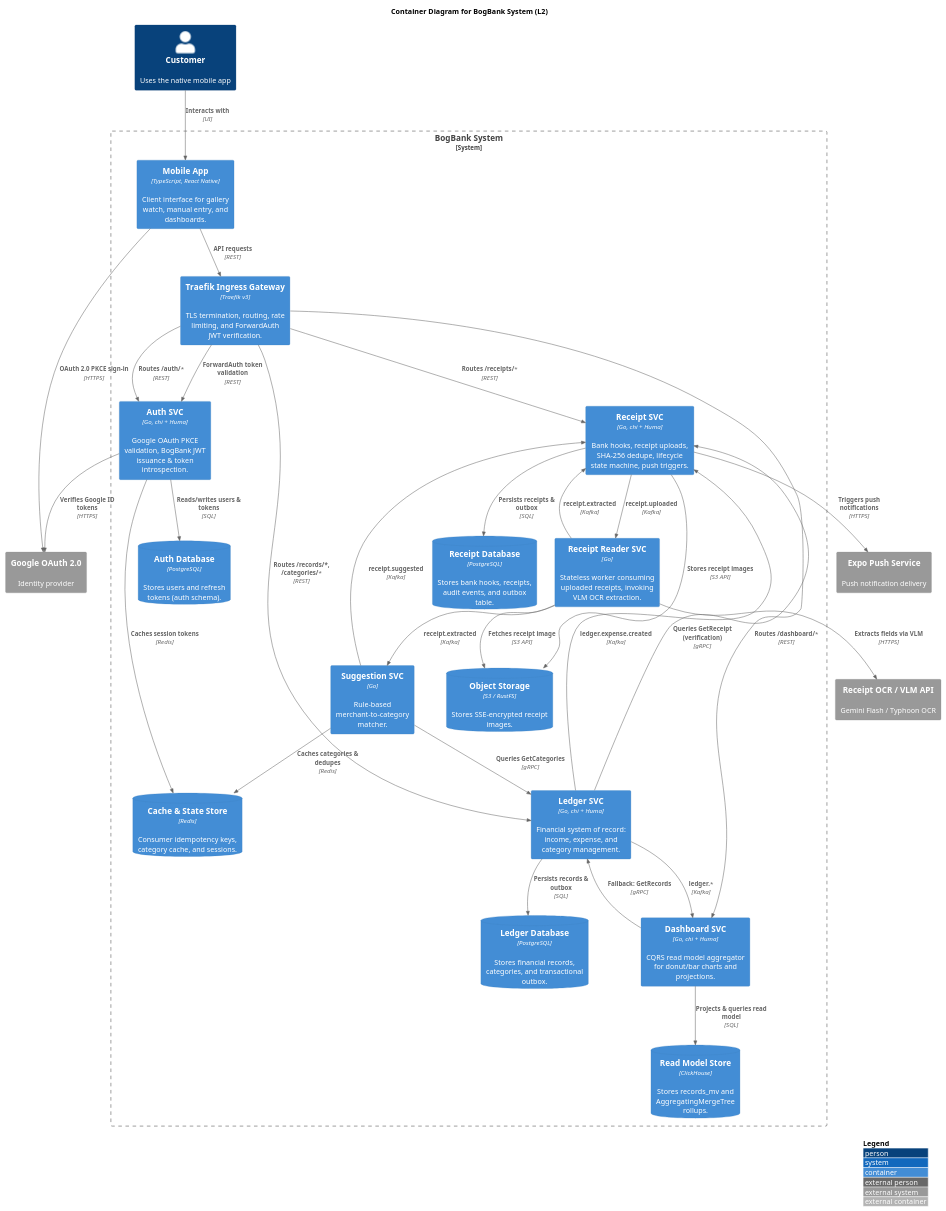
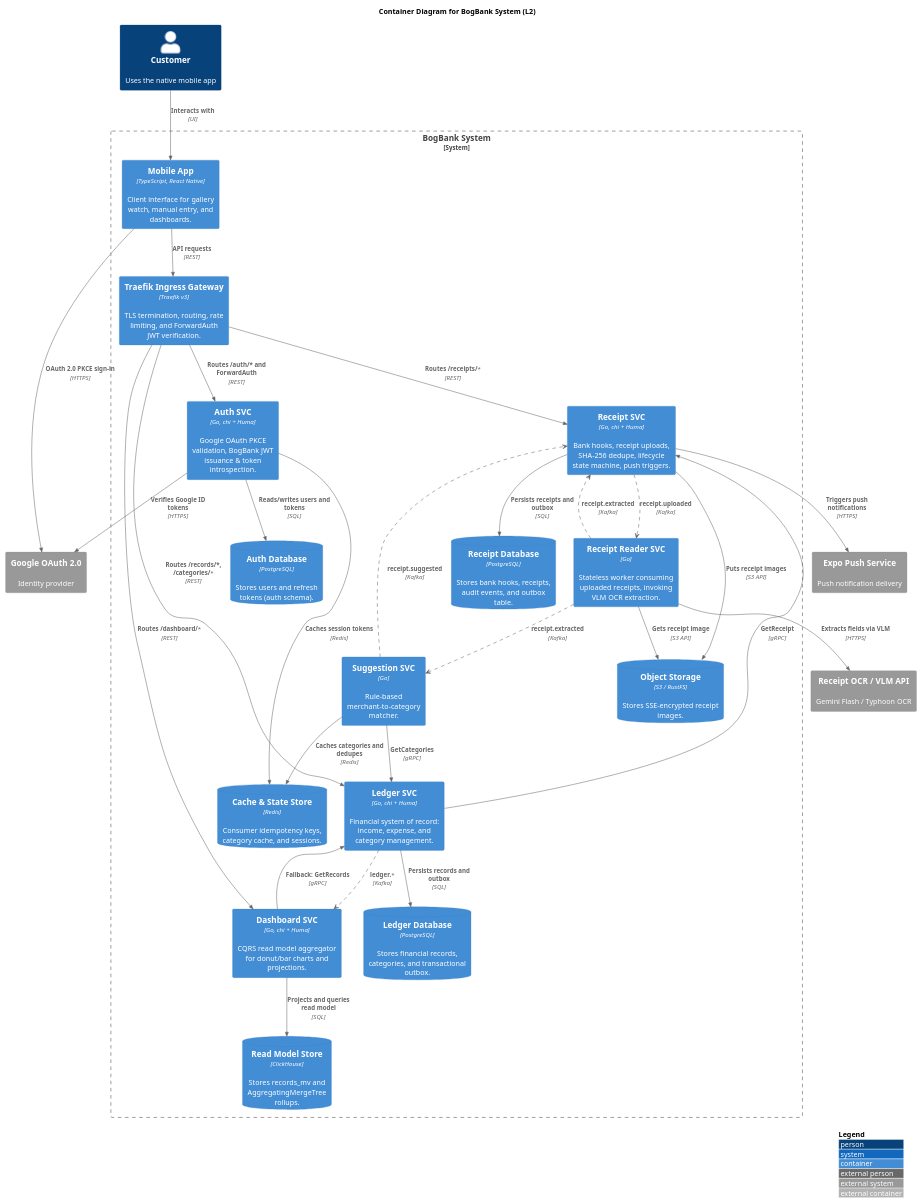
Before and after one commit to moomaideng/bogbank: the second of 7 diagrams in docs/arch/microservices-design/architecture-diagram.puml, drawn with PlantUML. The commit also changed 1 other file, not shown here.

Commit message:
docs: change kafka in container diagram to dash line

```diff
--- a/docs/arch/microservices-design/architecture-diagram.puml
+++ b/docs/arch/microservices-design/architecture-diagram.puml
@@ -22,67 +22,66 @@
 @startuml C4_Container_BogBank
 !include <C4/C4_Container>
 LAYOUT_WITH_LEGEND()
 
 title Container Diagram for BogBank System (L2)
 
 Person(customer, "Customer", "Uses the native mobile app")
 
 System_Ext(google_auth, "Google OAuth 2.0", "Identity provider")
 System_Ext(vlm_api, "Receipt OCR / VLM API", "Gemini Flash / Typhoon OCR")
 System_Ext(expo_push, "Expo Push Service", "Push notification delivery")
 
 System_Boundary(bogbank_system, "BogBank System") {
     Container(mobile_app, "Mobile App", "TypeScript, React Native", "Client interface for gallery watch, manual entry, and dashboards.")
     Container(traefik, "Traefik Ingress Gateway", "Traefik v3", "TLS termination, routing, rate limiting, and ForwardAuth JWT verification.")
 
     Container(auth_svc, "Auth SVC", "Go, chi + Huma", "Google OAuth PKCE validation, BogBank JWT issuance & token introspection.")
     Container(receipt_svc, "Receipt SVC", "Go, chi + Huma", "Bank hooks, receipt uploads, SHA-256 dedupe, lifecycle state machine, push triggers.")
     Container(reader_svc, "Receipt Reader SVC", "Go", "Stateless worker consuming uploaded receipts, invoking VLM OCR extraction.")
     Container(suggest_svc, "Suggestion SVC", "Go", "Rule-based merchant-to-category matcher.")
     Container(ledger_svc, "Ledger SVC", "Go, chi + Huma", "Financial system of record: income, expense, and category management.")
     Container(dash_svc, "Dashboard SVC", "Go, chi + Huma", "CQRS read model aggregator for donut/bar charts and projections.")
 
     ContainerDb(auth_db, "Auth Database", "PostgreSQL", "Stores users and refresh tokens (auth schema).")
     ContainerDb(receipt_db, "Receipt Database", "PostgreSQL", "Stores bank hooks, receipts, audit events, and outbox table.")
     ContainerDb(ledger_db, "Ledger Database", "PostgreSQL", "Stores financial records, categories, and transactional outbox.")
     ContainerDb(ch_db, "Read Model Store", "ClickHouse", "Stores records_mv and AggregatingMergeTree rollups.")
     ContainerDb(redis_db, "Cache & State Store", "Redis", "Consumer idempotency keys, category cache, and sessions.")
     ContainerDb(blob_store, "Object Storage", "S3 / RustFS", "Stores SSE-encrypted receipt images.")
 }
 
 Rel(customer, mobile_app, "Interacts with", "UI")
 Rel(mobile_app, google_auth, "OAuth 2.0 PKCE sign-in", "HTTPS")
 Rel(mobile_app, traefik, "API requests", "REST")
 
-Rel(traefik, auth_svc, "ForwardAuth token validation", "REST")
-Rel(traefik, auth_svc, "Routes /auth/*", "REST")
+Rel(traefik, auth_svc, "Routes /auth/* and ForwardAuth", "REST")
 Rel(traefik, receipt_svc, "Routes /receipts/*", "REST")
 Rel(traefik, ledger_svc, "Routes /records/*, /categories/*", "REST")
 Rel(traefik, dash_svc, "Routes /dashboard/*", "REST")
 
 Rel(auth_svc, google_auth, "Verifies Google ID tokens", "HTTPS")
-Rel(auth_svc, auth_db, "Reads/writes users & tokens", "SQL")
+Rel(auth_svc, auth_db, "Reads/writes users and tokens", "SQL")
 Rel(auth_svc, redis_db, "Caches session tokens", "Redis")
 
-Rel(receipt_svc, receipt_db, "Persists receipts & outbox", "SQL")
-Rel(receipt_svc, blob_store, "Stores receipt images", "S3 API")
+Rel(receipt_svc, receipt_db, "Persists receipts and outbox", "SQL")
+Rel(receipt_svc, blob_store, "Puts receipt images", "S3 API")
 Rel(receipt_svc, expo_push, "Triggers push notifications", "HTTPS")
 
-Rel(receipt_svc, reader_svc, "receipt.uploaded", "Kafka")
-Rel(reader_svc, blob_store, "Fetches receipt image", "S3 API")
+Rel(reader_svc, blob_store, "Gets receipt image", "S3 API")
 Rel(reader_svc, vlm_api, "Extracts fields via VLM", "HTTPS")
-Rel(reader_svc, receipt_svc, "receipt.extracted", "Kafka")
-Rel(reader_svc, suggest_svc, "receipt.extracted", "Kafka")
 
-Rel(suggest_svc, ledger_svc, "Queries GetCategories", "gRPC")
-Rel(suggest_svc, redis_db, "Caches categories & dedupes", "Redis")
-Rel(suggest_svc, receipt_svc, "receipt.suggested", "Kafka")
+Rel(suggest_svc, ledger_svc, "GetCategories", "gRPC")
+Rel(suggest_svc, redis_db, "Caches categories and dedupes", "Redis")
 
-Rel(ledger_svc, receipt_svc, "Queries GetReceipt (verification)", "gRPC")
-Rel(ledger_svc, ledger_db, "Persists records & outbox", "SQL")
-Rel(ledger_svc, receipt_svc, "ledger.expense.created", "Kafka")
-Rel(ledger_svc, dash_svc, "ledger.*", "Kafka")
+Rel(ledger_svc, receipt_svc, "GetReceipt", "gRPC")
+Rel(ledger_svc, ledger_db, "Persists records and outbox", "SQL")
 
-Rel(dash_svc, ch_db, "Projects & queries read model", "SQL")
+Rel(dash_svc, ch_db, "Projects and queries read model", "SQL")
 Rel(dash_svc, ledger_svc, "Fallback: GetRecords", "gRPC")
+
+Rel_(receipt_svc, reader_svc, "receipt.uploaded", "Kafka", "..>")
+Rel_(reader_svc, receipt_svc, "receipt.extracted", "Kafka", "..>")
+Rel_(reader_svc, suggest_svc, "receipt.extracted", "Kafka", "..>")
+Rel_(suggest_svc, receipt_svc, "receipt.suggested", "Kafka", "..>")
+Rel_(ledger_svc, dash_svc, "ledger.*", "Kafka", "..>")
 @enduml
```
